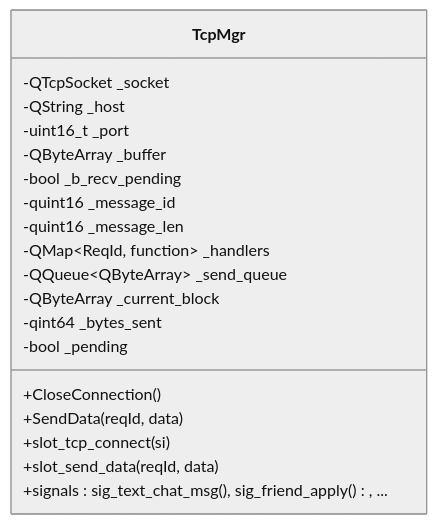
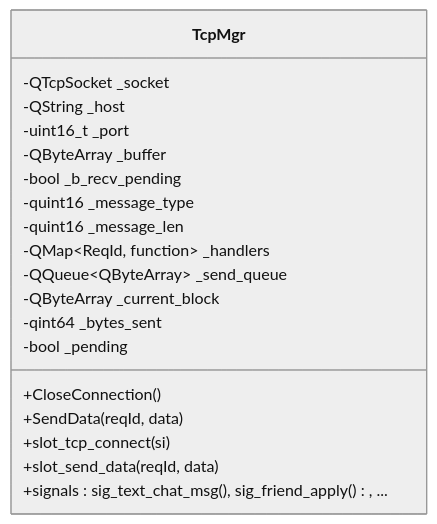
The fourth of 8 diagrams in .qoder/repowiki/zh/content/项目概述/项目介绍.md (echo9923/mychatter), drawn with Mermaid (neutral theme) before and after one commit. The commit also changed other lines of this file and 128 other files, not shown here.

````diff
--- a/.qoder/repowiki/zh/content/项目概述/项目介绍.md
+++ b/.qoder/repowiki/zh/content/项目概述/项目介绍.md
@@ -221,22 +221,22 @@
 ```mermaid
 classDiagram
 class TcpMgr {
 -QTcpSocket _socket
 -QString _host
 -uint16_t _port
 -QByteArray _buffer
 -bool _b_recv_pending
--quint16 _message_id
+-quint16 _message_type
 -quint16 _message_len
 -QMap~ReqId, function~ _handlers
 -QQueue~QByteArray~ _send_queue
 -QByteArray _current_block
 -qint64 _bytes_sent
 -bool _pending
 +CloseConnection()
 +SendData(reqId, data)
 +slot_tcp_connect(si)
 +slot_send_data(reqId, data)
 +signals : sig_text_chat_msg(), sig_friend_apply(), ...
 }
 ```
````
